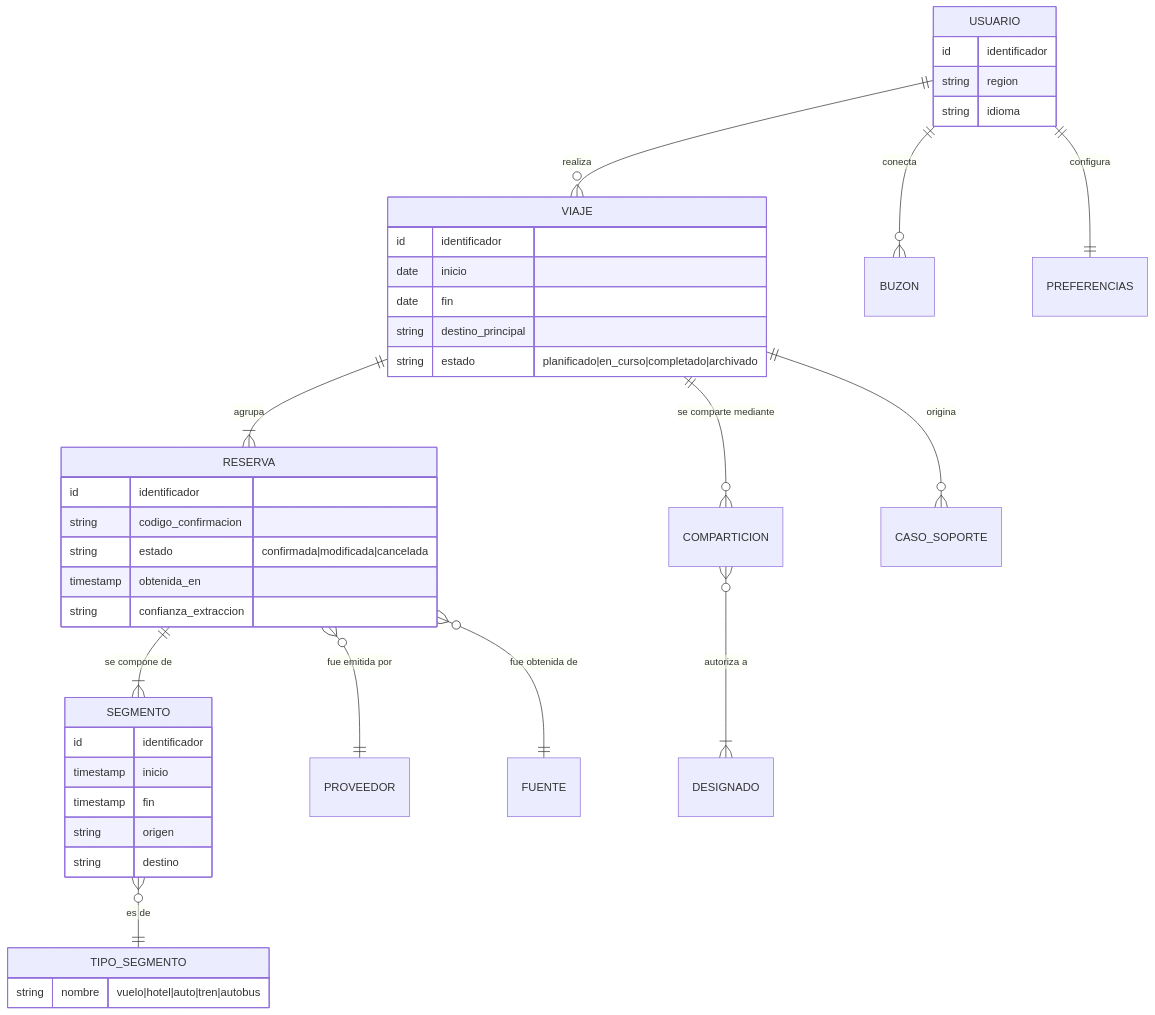
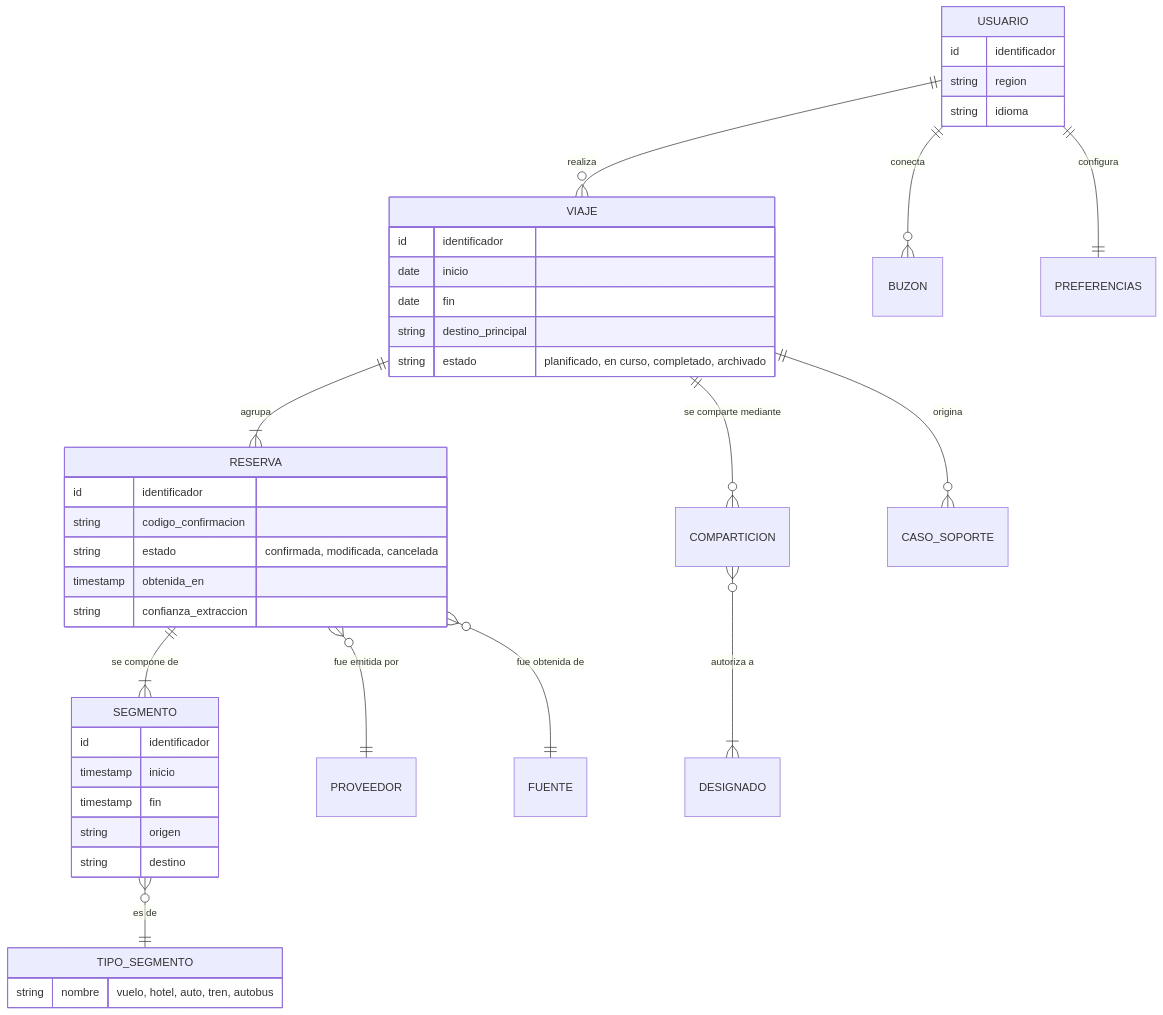
Before and after one commit to JereAguilar1/TPE-ing1: the diagram in docs/01-analisis-inicial/09-glosario.md, drawn with Mermaid. The commit also changed 25 other files, not shown here.

````diff
--- a/docs/01-analisis-inicial/09-glosario.md
+++ b/docs/01-analisis-inicial/09-glosario.md
@@ -9,44 +9,44 @@
 ```mermaid
 erDiagram
     USUARIO ||--o{ VIAJE : "realiza"
     USUARIO ||--o{ BUZON : "conecta"
     USUARIO ||--|| PREFERENCIAS : "configura"
     VIAJE ||--|{ RESERVA : "agrupa"
     RESERVA ||--|{ SEGMENTO : "se compone de"
     RESERVA }o--|| PROVEEDOR : "fue emitida por"
     RESERVA }o--|| FUENTE : "fue obtenida de"
     VIAJE ||--o{ COMPARTICION : "se comparte mediante"
     COMPARTICION }o--|{ DESIGNADO : "autoriza a"
     SEGMENTO }o--|| TIPO_SEGMENTO : "es de"
     VIAJE ||--o{ CASO_SOPORTE : "origina"
 
     USUARIO {
         id identificador
         string region
         string idioma
     }
     VIAJE {
         id identificador
         date inicio
         date fin
         string destino_principal
-        string estado "planificado|en_curso|completado|archivado"
+        string estado "planificado, en curso, completado, archivado"
     }
     RESERVA {
         id identificador
         string codigo_confirmacion
-        string estado "confirmada|modificada|cancelada"
+        string estado "confirmada, modificada, cancelada"
         timestamp obtenida_en
         string confianza_extraccion
     }
     SEGMENTO {
         id identificador
         timestamp inicio
         timestamp fin
         string origen
         string destino
     }
     TIPO_SEGMENTO {
-        string nombre "vuelo|hotel|auto|tren|autobus"
+        string nombre "vuelo, hotel, auto, tren, autobus"
     }
 ```
````
